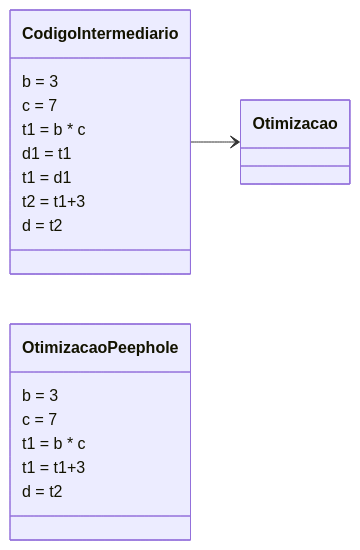
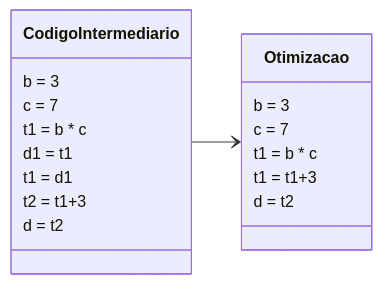
The fourth of 5 diagrams in Introducao.md (Programando-o-Mundo/Microfundamentos-Compiladores), drawn with Mermaid before and after one commit.

````diff
--- a/Introducao.md
+++ b/Introducao.md
@@ -299,22 +299,22 @@
 ```mermaid
 classDiagram
 
 class CodigoIntermediario 
 CodigoIntermediario  : b = 3
 CodigoIntermediario  : c = 7
 CodigoIntermediario  : t1 = b * c
 CodigoIntermediario  : d1 = t1
 CodigoIntermediario  : t1 = d1 
 CodigoIntermediario  : t2 = t1+3
 CodigoIntermediario  : d = t2
 
 direction LR
 CodigoIntermediario --> Otimizacao
 
-class OtimizacaoPeephole
-OtimizacaoPeephole  : b = 3
-OtimizacaoPeephole  : c = 7
-OtimizacaoPeephole  : t1 = b * c
-OtimizacaoPeephole  : t1 = t1+3
-OtimizacaoPeephole  : d = t2
+class Otimizacao
+Otimizacao  : b = 3
+Otimizacao  : c = 7
+Otimizacao  : t1 = b * c
+Otimizacao  : t1 = t1+3
+Otimizacao  : d = t2
 ```
````
